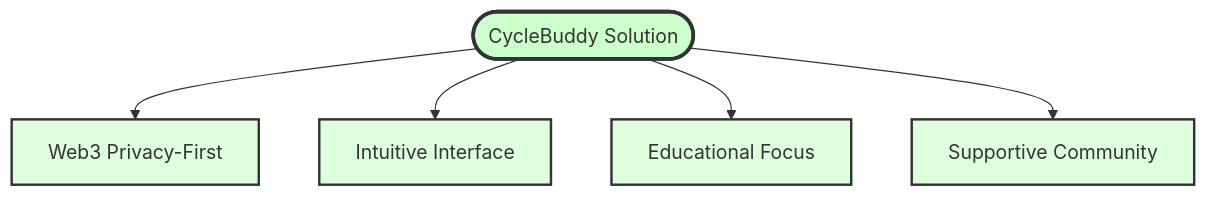
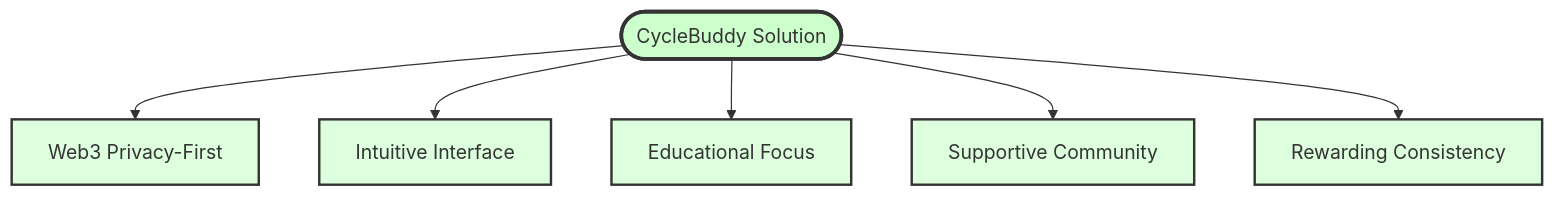
The eighth of 9 diagrams in README.md (jaffarkeikei/CycleBuddy), drawn with Mermaid before and after one commit. The commit also changed other lines of this file and 92 other files, not shown here.

````diff
--- a/README.md
+++ b/README.md
@@ -183,13 +216,15 @@
 ```mermaid
 flowchart TD
     Solution([CycleBuddy Solution]) --> A[Web3 Privacy-First]
     Solution --> B[Intuitive Interface]
     Solution --> C[Educational Focus]
     Solution --> D[Supportive Community]
+    Solution --> E[Rewarding Consistency]
     
     style Solution fill:#ccffcc,stroke:#333,stroke-width:3px
     style A fill:#ddffdd,stroke:#333,stroke-width:2px
     style B fill:#ddffdd,stroke:#333,stroke-width:2px
     style C fill:#ddffdd,stroke:#333,stroke-width:2px
     style D fill:#ddffdd,stroke:#333,stroke-width:2px
+    style E fill:#ddffdd,stroke:#333,stroke-width:2px
 ```
````
